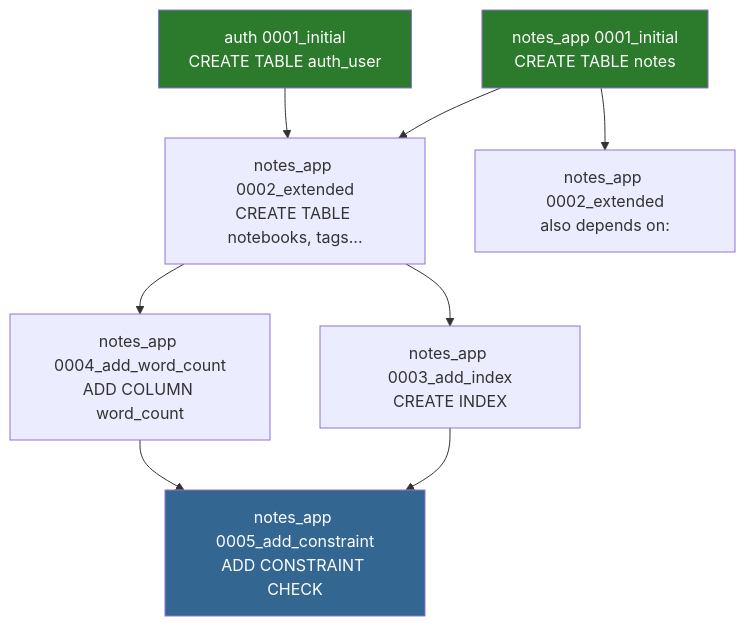
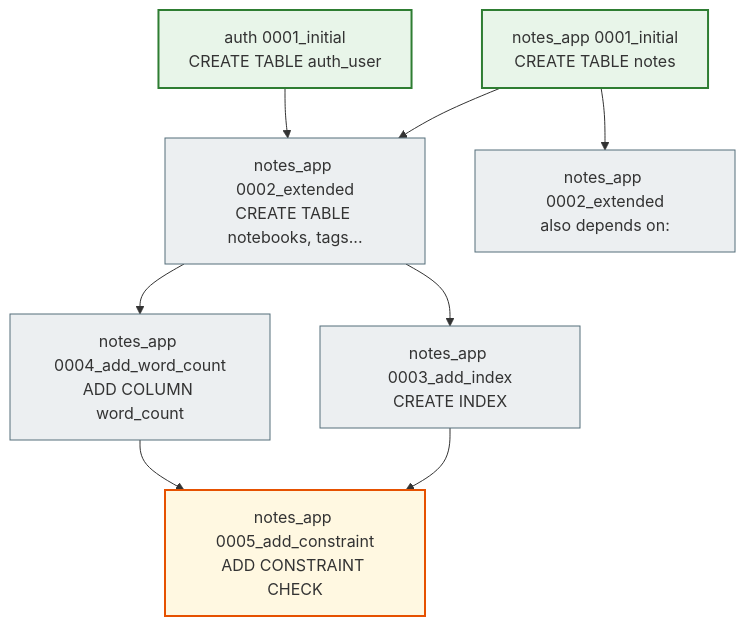
Before and after one commit to NikoriakViktot/notes_chat_app: the eighth of 20 diagrams in docs/03_database_and_orm/orm_mermaid_full.md, drawn with Mermaid. The commit also changed other lines of this file and 441 other files, not shown here.

First line of the commit message:
Add English version of the book, Mermaid standard, docs fixes

````diff
--- a/docs/03_database_and_orm/orm_mermaid_full.md
+++ b/docs/03_database_and_orm/orm_mermaid_full.md
@@ -348,14 +364,18 @@
 ```mermaid
 graph TD
-    A["notes_app 0001_initial\nCREATE TABLE notes"] --> B["notes_app 0002_extended\nCREATE TABLE notebooks, tags..."]
-    A --> C["notes_app 0002_extended\nalso depends on:"]
-    D["auth 0001_initial\nCREATE TABLE auth_user"] --> B
-    B --> E["notes_app 0003_add_index\nCREATE INDEX"]
-    B --> F["notes_app 0004_add_word_count\nADD COLUMN word_count"]
-    E --> G["notes_app 0005_add_constraint\nADD CONSTRAINT CHECK"]
+    A["notes_app 0001_initial<br>CREATE TABLE notes"] --> B["notes_app 0002_extended<br>CREATE TABLE notebooks, tags..."]
+    A --> C["notes_app 0002_extended<br>also depends on:"]
+    D["auth 0001_initial<br>CREATE TABLE auth_user"] --> B
+    B --> E["notes_app 0003_add_index<br>CREATE INDEX"]
+    B --> F["notes_app 0004_add_word_count<br>ADD COLUMN word_count"]
+    E --> G["notes_app 0005_add_constraint<br>ADD CONSTRAINT CHECK"]
     F --> G
 
-    style A fill:#2C7A2C,color:#fff
-    style D fill:#2C7A2C,color:#fff
-    style G fill:#336791,color:#fff
+    classDef step     fill:#eceff1,stroke:#546e7a,stroke-width:1px;
+    classDef success  fill:#e8f5e9,stroke:#2e7d32,stroke-width:2px;
+    classDef warning  fill:#fff8e1,stroke:#e65100,stroke-width:2px;
+
+    class B,C,E,F step;
+    class A,D success;
+    class G warning;
 ```
````
